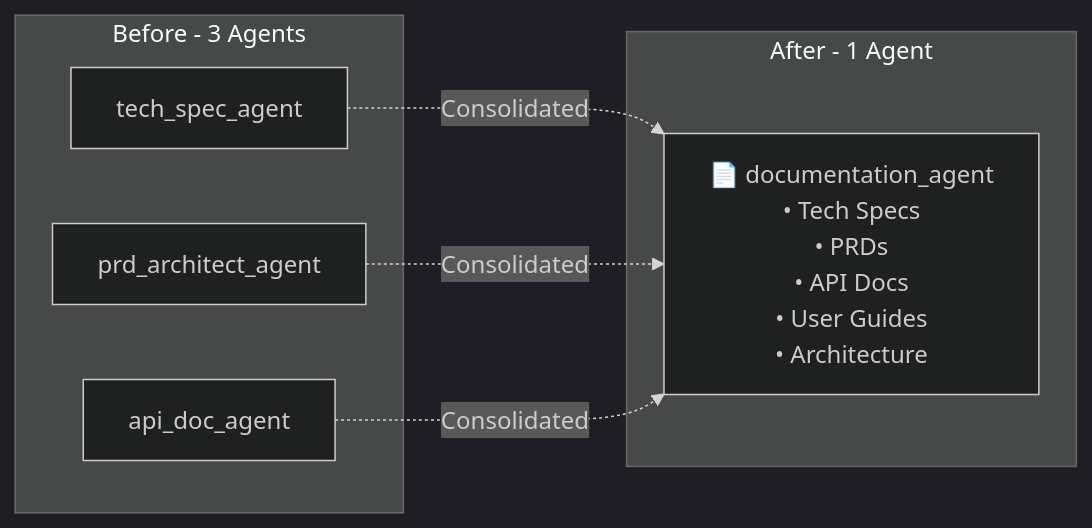
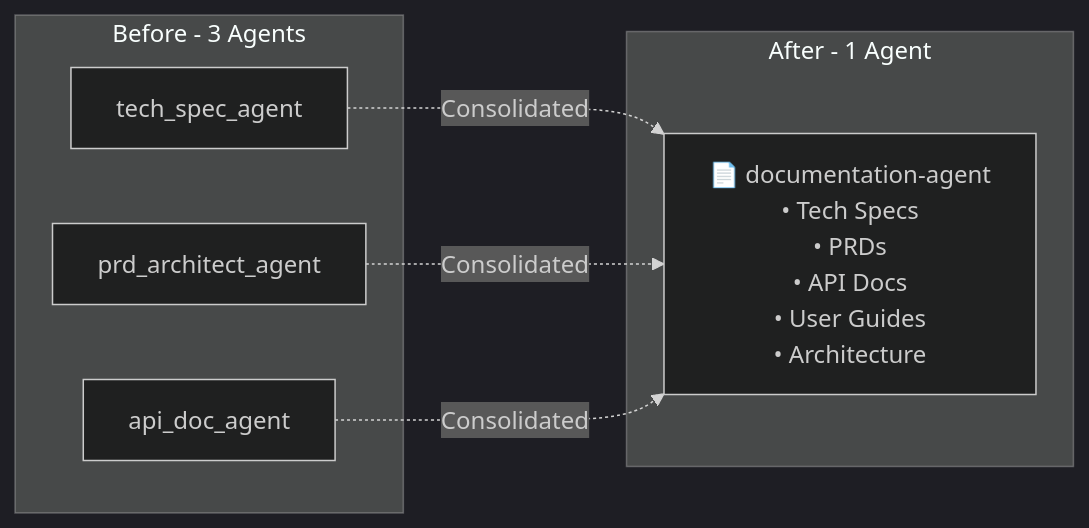
One commit to phamhung075/4genthub changed the fifth of 17 diagrams in ai_docs/development-guides/agent-flow-diagrams.md. Above: the diagram before and after it, drawn with Mermaid (dark theme). The commit also changed other lines of this file and 686 other files, not shown here.

````diff
--- a/ai_docs/development-guides/agent-flow-diagrams.md
+++ b/ai_docs/development-guides/agent-flow-diagrams.md
@@ -120,16 +120,16 @@
 ```mermaid
 graph LR
     subgraph "Before - 3 Agents"
         TSA[tech_spec_agent]
         PRA[prd_architect_agent]
         ADA[api_doc_agent]
     end
     
     subgraph "After - 1 Agent"
-        DOC[📄 documentation_agent<br/>• Tech Specs<br/>• PRDs<br/>• API Docs<br/>• User Guides<br/>• Architecture]
+        DOC[📄 documentation-agent<br/>• Tech Specs<br/>• PRDs<br/>• API Docs<br/>• User Guides<br/>• Architecture]
     end
     
     TSA -.->|Consolidated| DOC
     PRA -.->|Consolidated| DOC
     ADA -.->|Consolidated| DOC
 ```
````
